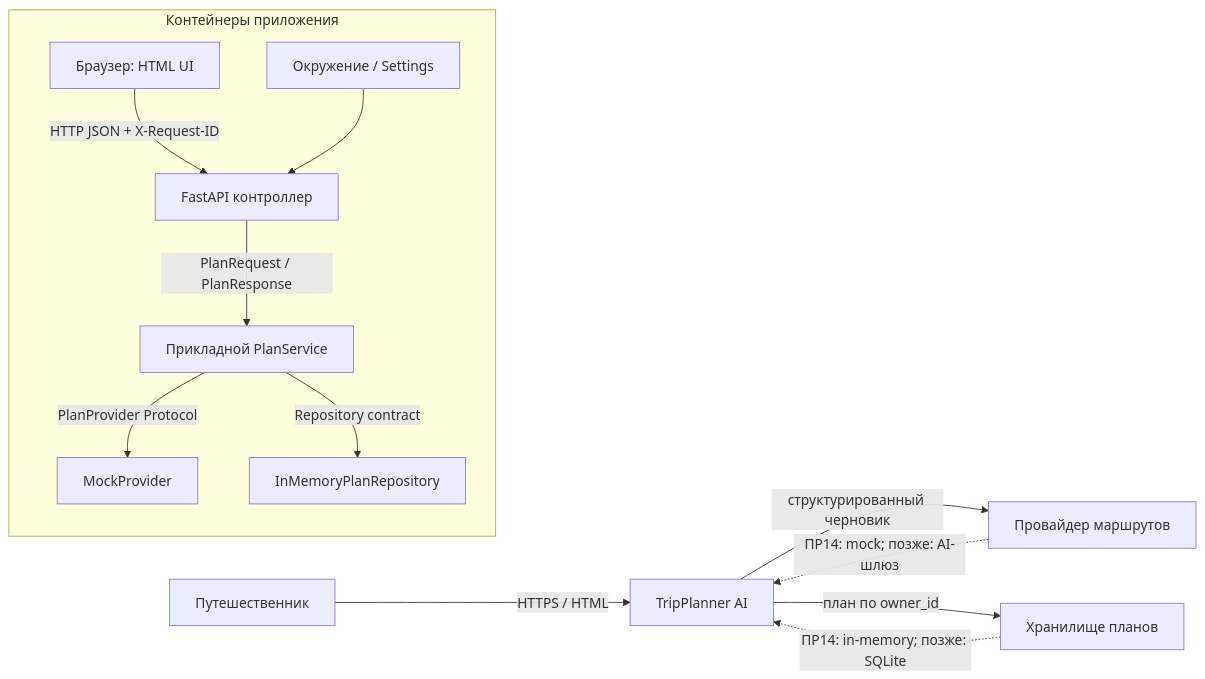
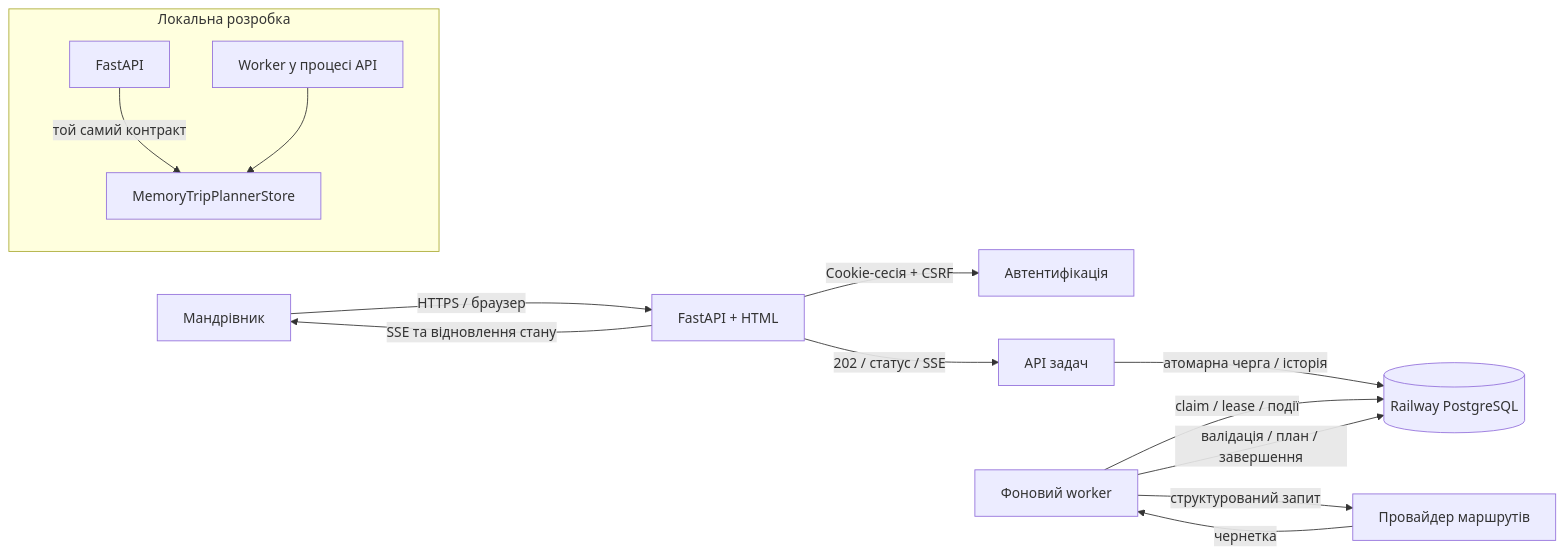
One commit to BobaBobus123/TripPlanner-AI changed the diagram in docs/diagrams/architecture.mmd. Above: the diagram before and after it, drawn with Mermaid. The commit also changed 30 other files, not shown here.

```diff
--- a/docs/diagrams/architecture.mmd
+++ b/docs/diagrams/architecture.mmd
@@ -1,14 +1,15 @@
 flowchart LR
-    User[Путешественник] -->|HTTPS / HTML| App[TripPlanner AI]
-    App -->|структурированный черновик| Provider[Провайдер маршрутов]
-    App -->|план по owner_id| Storage[Хранилище планов]
-    Provider -.->|ПР14: mock; позже: AI-шлюз| App
-    Storage -.->|ПР14: in-memory; позже: SQLite| App
+    User[Мандрівник] -->|HTTPS / браузер| Web[FastAPI + HTML]
+    Web -->|Cookie-сесія + CSRF| Auth[Автентифікація]
+    Web -->|202 / статус / SSE| Jobs[API задач]
+    Jobs -->|атомарна черга / історія| DB[(Railway PostgreSQL)]
+    Worker[Фоновий worker] -->|claim / lease / події| DB
+    Worker -->|структурований запит| Provider[Провайдер маршрутів]
+    Provider -->|чернетка| Worker
+    Worker -->|валідація / план / завершення| DB
+    Web -->|SSE та відновлення стану| User
 
-    subgraph Containers[Контейнеры приложения]
-        Browser[Браузер: HTML UI] -->|HTTP JSON + X-Request-ID| API[FastAPI контроллер]
-        API -->|PlanRequest / PlanResponse| Service[Прикладной PlanService]
-        Service -->|PlanProvider Protocol| Mock[MockProvider]
-        Service -->|Repository contract| Memory[InMemoryPlanRepository]
-        Settings[Окружение / Settings] --> API
+    subgraph Local[Локальна розробка]
+        API[FastAPI] -->|той самий контракт| Memory[MemoryTripPlannerStore]
+        LocalWorker[Worker у процесі API] --> Memory
     end
```
